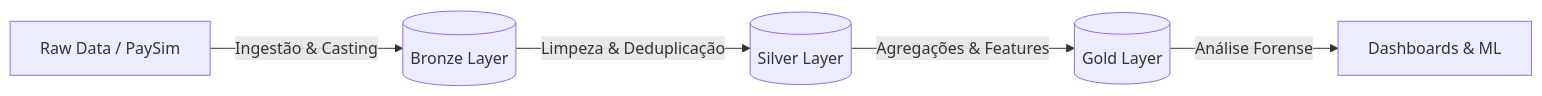
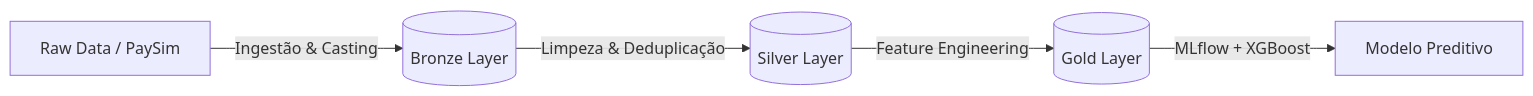
Before and after one commit to pazaborgs/fraud_detection_project_eng: the diagram in README.md, drawn with Mermaid. The commit also changed other lines of this file and 11 other files, not shown here.

````diff
--- a/README.md
+++ b/README.md
@@ -42,7 +50,7 @@
 ```mermaid
 graph LR
     A[Raw Data / PaySim] -->|Ingestão & Casting| B[(Bronze Layer)]
     B -->|Limpeza & Deduplicação| C[(Silver Layer)]
-    C -->|Agregações & Features| D[(Gold Layer)]
-    D -->|Análise Forense| E[Dashboards & ML]
+    C -->|Feature Engineering| D[(Gold Layer)]
+    D -->|MLflow + XGBoost| E[Modelo Preditivo]
 ```
````
